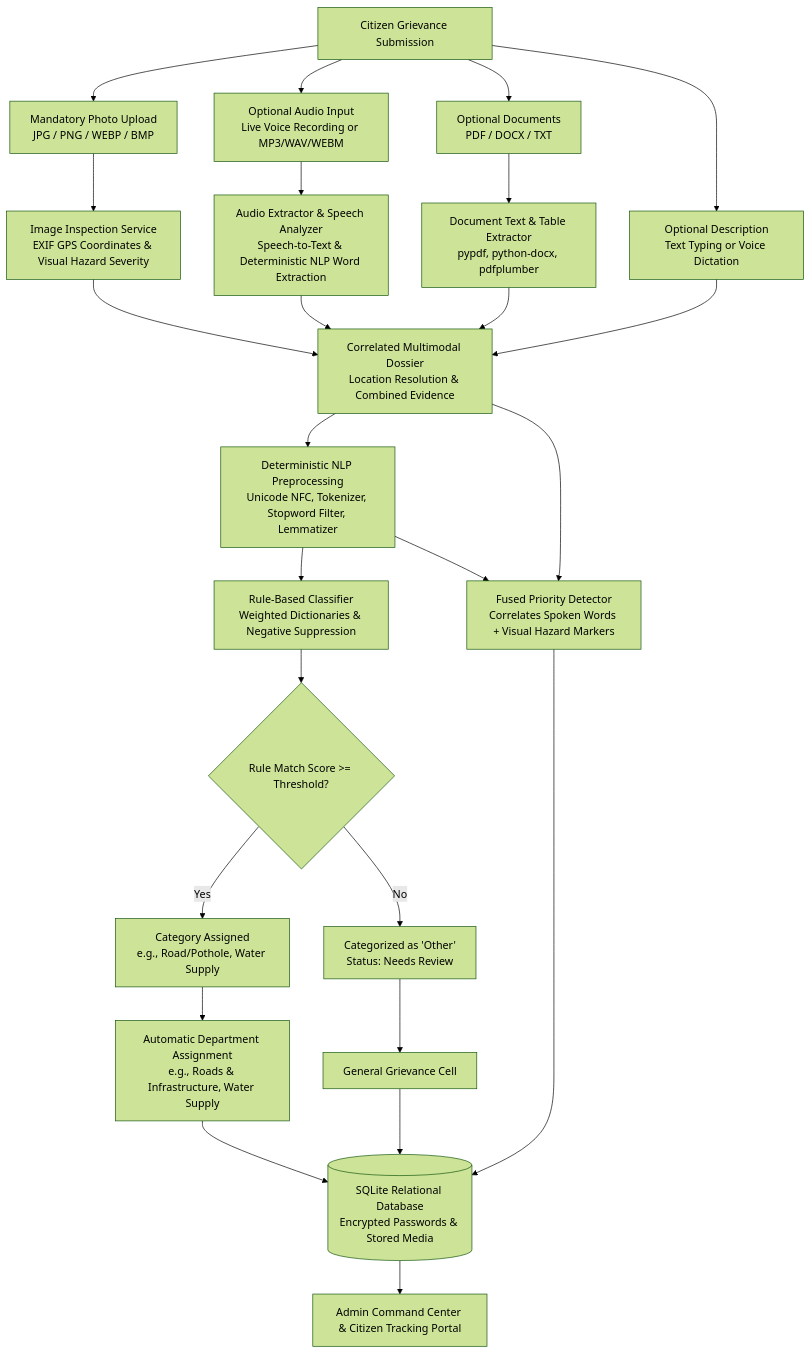
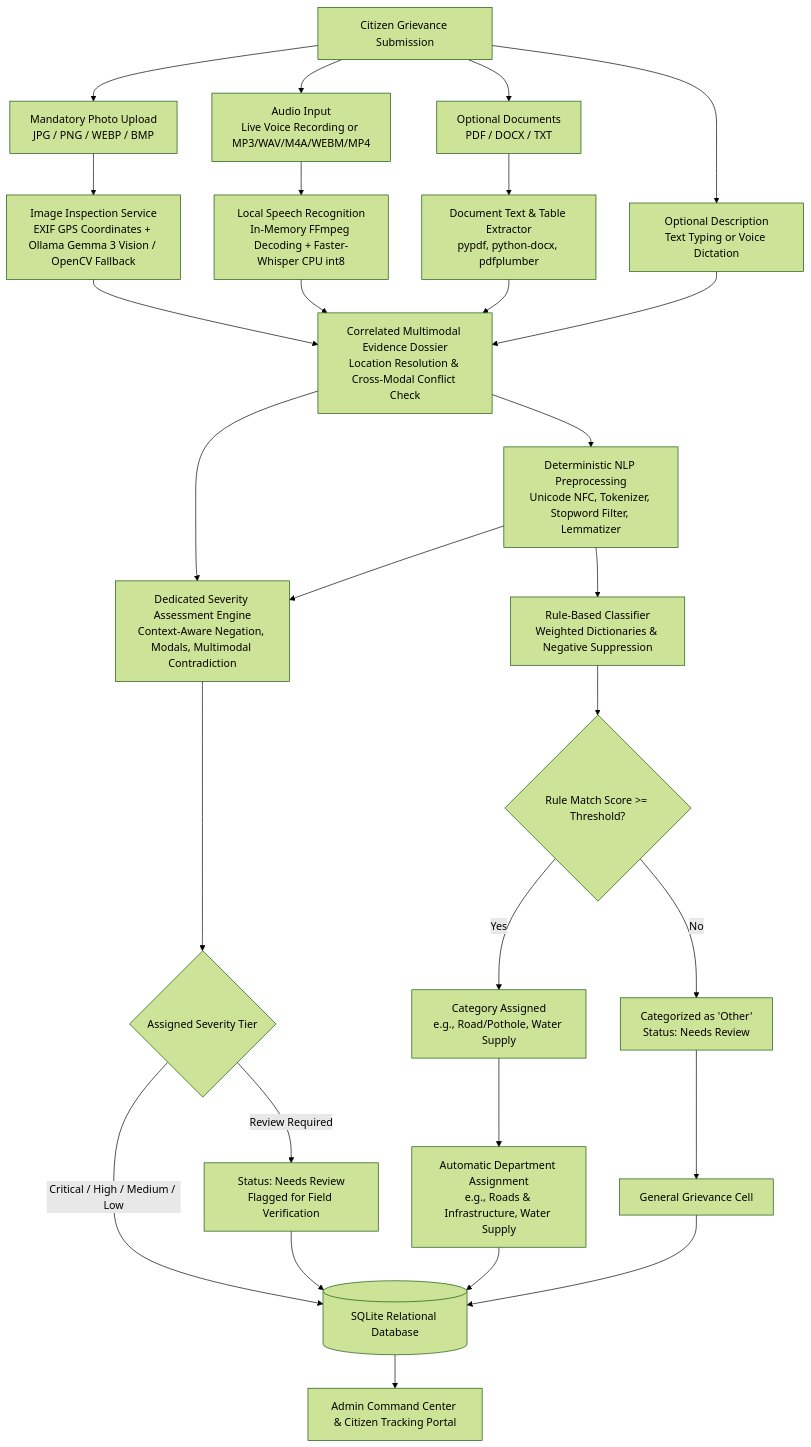
Before and after one commit to Shivam-codex/BTechMajor: the first of 2 diagrams in README.md, drawn with Mermaid (forest theme). The commit also changed other lines of this file and 17 other files, not shown here.

Commit message:
feat: integrate 5-tier explainable severity engine, local Gemma 3 vision/assistant, and Faster-Whisper STT

````diff
--- a/README.md
+++ b/README.md
@@ -27,27 +27,31 @@
 ```mermaid
 flowchart TD
     A[Citizen Grievance Submission] --> B[Mandatory Photo Upload\nJPG / PNG / WEBP / BMP]
-    A --> C[Optional Audio Input\nLive Voice Recording or MP3/WAV/WEBM]
+    A --> C[Audio Input\nLive Voice Recording or MP3/WAV/M4A/WEBM/MP4]
     A --> D[Optional Documents\nPDF / DOCX / TXT]
     A --> E[Optional Description\nText Typing or Voice Dictation]
 
-    B --> F[Image Inspection Service\nEXIF GPS Coordinates & Visual Hazard Severity]
-    C --> G[Audio Extractor & Speech Analyzer\nSpeech-to-Text & Deterministic NLP Word Extraction]
+    B --> F[Image Inspection Service\nEXIF GPS Coordinates + Ollama Gemma 3 Vision / OpenCV Fallback]
+    C --> G[Local Speech Recognition\nIn-Memory FFmpeg Decoding + Faster-Whisper CPU int8]
     D --> H[Document Text & Table Extractor\npypdf, python-docx, pdfplumber]
 
-    F & G & H & E --> I[Correlated Multimodal Dossier\nLocation Resolution & Combined Evidence]
+    F & G & H & E --> I[Correlated Multimodal Evidence Dossier\nLocation Resolution & Cross-Modal Conflict Check]
     I --> J[Deterministic NLP Preprocessing\nUnicode NFC, Tokenizer, Stopword Filter, Lemmatizer]
     J --> K[Rule-Based Classifier\nWeighted Dictionaries & Negative Suppression]
     
     K --> L{Rule Match Score >= Threshold?}
     L -- Yes --> M[Category Assigned\ne.g., Road/Pothole, Water Supply]
     L -- No --> N[Categorized as 'Other'\nStatus: Needs Review]
     
     M --> O[Automatic Department Assignment\ne.g., Roads & Infrastructure, Water Supply]
     N --> P[General Grievance Cell]
 
-    I & J --> Q[Fused Priority Detector\nCorrelates Spoken Words + Visual Hazard Markers]
+    I & J --> Q[Dedicated Severity Assessment Engine\nContext-Aware Negation, Modals, Multimodal Contradiction]
+    Q --> R{Assigned Severity Tier}
+    R -- Critical / High / Medium / Low --> S[(SQLite Relational Database)]
+    R -- Review Required --> T[Status: Needs Review\nFlagged for Field Verification]
+    T --> S
     
-    O & P & Q --> R[(SQLite Relational Database\nEncrypted Passwords & Stored Media)]
-    R --> S[Admin Command Center & Citizen Tracking Portal]
+    O & P --> S
+    S --> U[Admin Command Center & Citizen Tracking Portal]
 ```
````
